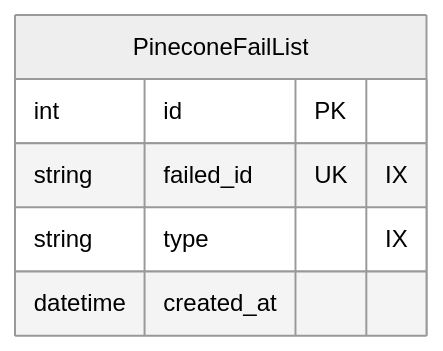
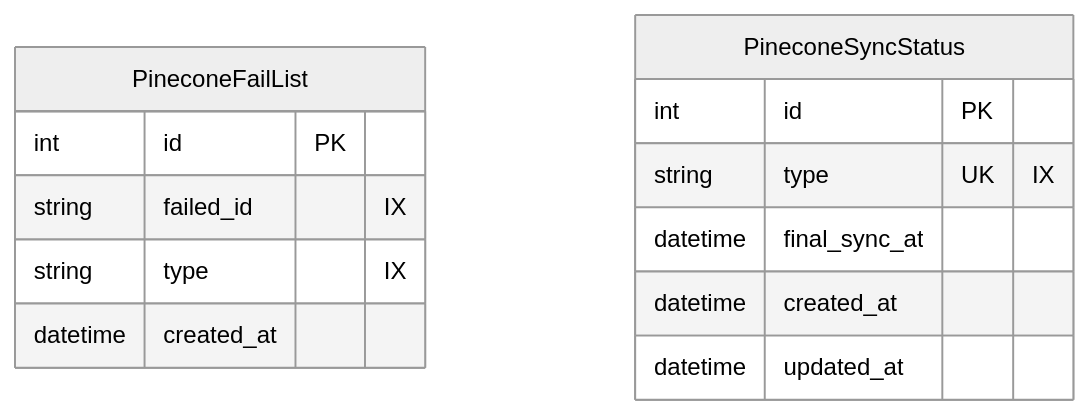
One commit to cppalliance/boost-data-collector changed diagram 12 of 12 in docs/Schema.md. Above: the diagram before and after it, drawn with Mermaid (neutral theme). The commit also changed other lines of this file, not shown here.

Commit message:
#3 - Add Pincone sync status table and description

````diff
--- a/docs/Schema.md
+++ b/docs/Schema.md
@@ -650,9 +650,17 @@
 ```mermaid
 erDiagram
     PineconeFailList {
         int id PK
-        string failed_id UK "IX"
+        string failed_id "IX"
         string type "IX"
         datetime created_at
     }
+
+    PineconeSyncStatus {
+        int id PK
+        string type UK "IX"
+        datetime final_sync_at
+        datetime created_at
+        datetime updated_at
+    }
 ```
````
